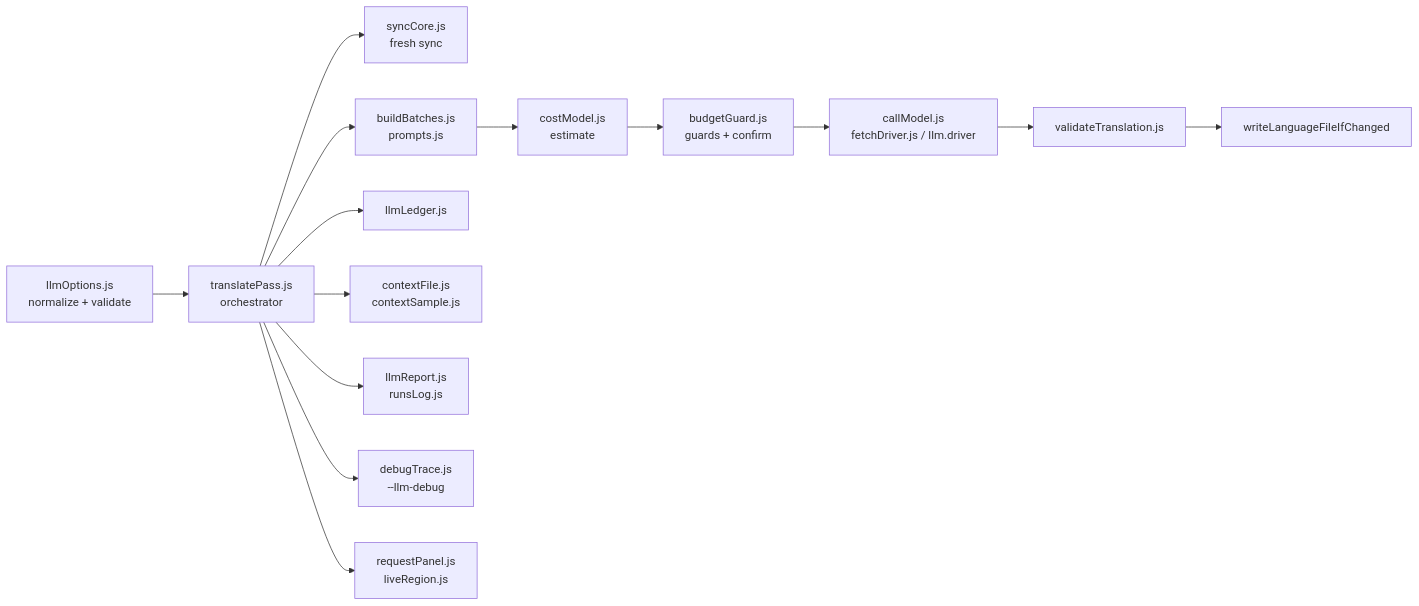
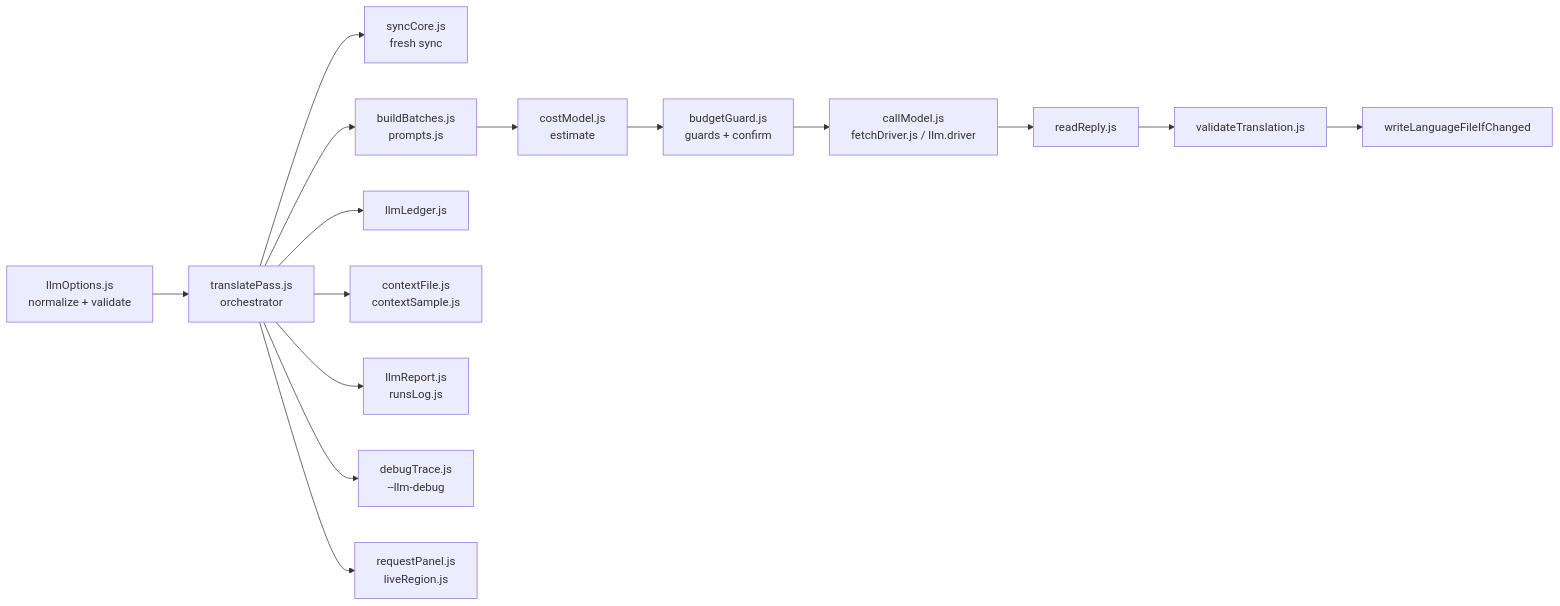
Before and after one commit to sepoina/viteTranslate: the seventh of 9 diagrams in doc/structure.md, drawn with Mermaid. The commit also changed other lines of this file and 22 other files, not shown here.

````diff
--- a/doc/structure.md
+++ b/doc/structure.md
@@ -811,16 +811,17 @@
 ```mermaid
 flowchart LR
     A[llmOptions.js\nnormalize + validate] --> B[translatePass.js\norchestrator]
     B --> C[syncCore.js\nfresh sync]
     B --> D[buildBatches.js\nprompts.js]
     D --> E[costModel.js\nestimate]
     E --> F[budgetGuard.js\nguards + confirm]
     F --> G[callModel.js\nfetchDriver.js / llm.driver]
-    G --> H[validateTranslation.js]
+    G --> O[readReply.js]
+    O --> H[validateTranslation.js]
     H --> I[writeLanguageFileIfChanged]
     B --> J[llmLedger.js]
     B --> K[contextFile.js\ncontextSample.js]
     B --> L[llmReport.js\nrunsLog.js]
     B --> M[debugTrace.js\n--llm-debug]
     B --> N[requestPanel.js\nliveRegion.js]
 ```
````
